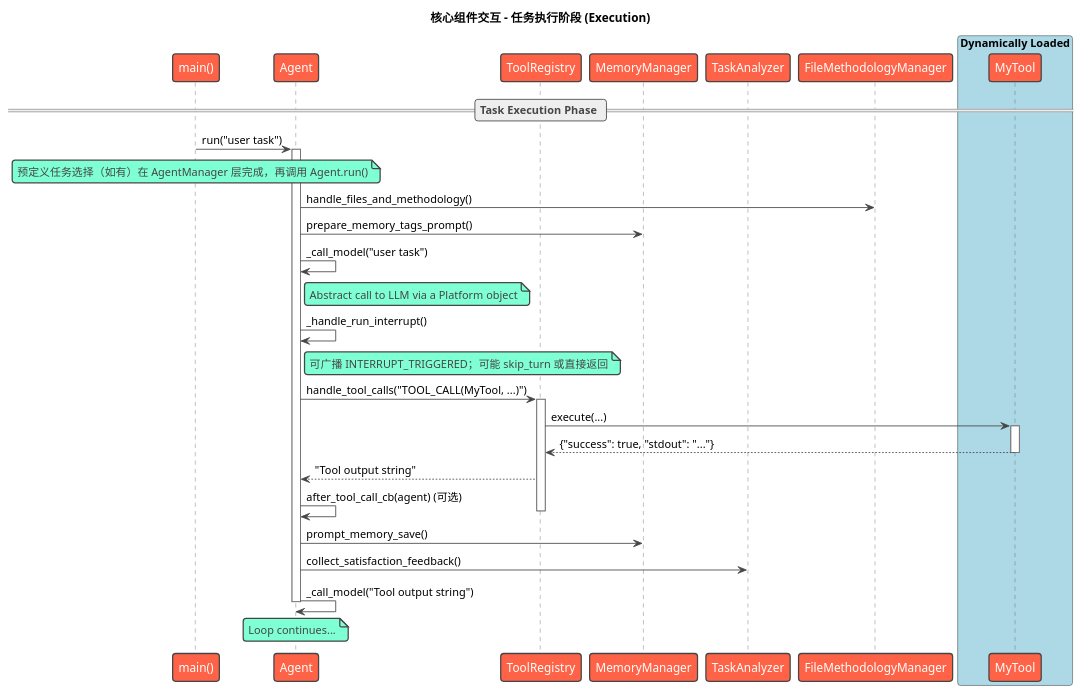
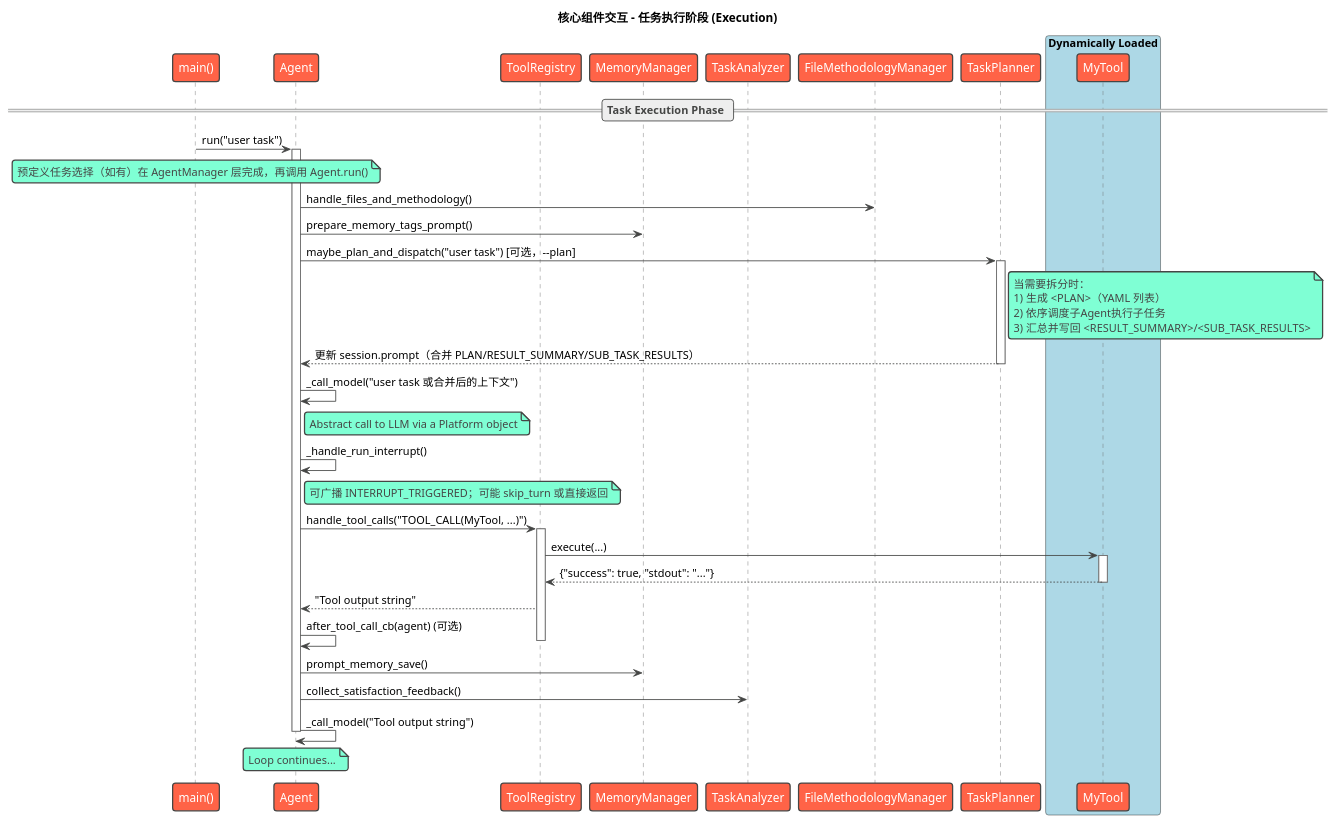
The third of 3 diagrams in docs/jarvis_book/3.核心概念与架构.md (skyfireitdiy/Jarvis), drawn with PlantUML before and after one commit. The commit also changed other lines of this file and 2 other files, not shown here.

First line of the commit message:
docs(task_planner): 完善任务规划器文档与架构，明确PLAN/结果块规范

````diff
--- a/docs/jarvis_book/3.核心概念与架构.md
+++ b/docs/jarvis_book/3.核心概念与架构.md
@@ -591,48 +636,55 @@
 ```plantuml
 @startuml
 !theme vibrant
 title 核心组件交互 - 任务执行阶段 (Execution)
 
 participant "main()" as Main
 participant "Agent" as Agent
 participant "ToolRegistry" as ToolRegistry
 participant "MemoryManager" as MemoryManager
 participant "TaskAnalyzer" as TaskAnalyzer
 participant "FileMethodologyManager" as FileMethodologyManager
+participant "TaskPlanner" as TaskPlanner
 
 box "Dynamically Loaded" #LightBlue
     participant "MyTool" as Tool
 end box
 
 == Task Execution Phase ==
 Main -> Agent : run("user task")
 note over Main: 预定义任务选择（如有）在 AgentManager 层完成，再调用 Agent.run()
 activate Agent
 
 Agent -> FileMethodologyManager : handle_files_and_methodology()
 Agent -> MemoryManager : prepare_memory_tags_prompt()
-' 预定义任务选择在 AgentManager 层处理
 
-Agent -> Agent : _call_model("user task")
+' 可选的任务规划步骤（启用 --plan 时）
+Agent -> TaskPlanner : maybe_plan_and_dispatch("user task") [可选，--plan]
+activate TaskPlanner
+note right of TaskPlanner: 当需要拆分时：\n1) 生成 <PLAN>（YAML 列表）\n2) 依序调度子Agent执行子任务\n3) 汇总并写回 <RESULT_SUMMARY>/<SUB_TASK_RESULTS>
+TaskPlanner --> Agent : 更新 session.prompt（合并 PLAN/RESULT_SUMMARY/SUB_TASK_RESULTS）
+deactivate TaskPlanner
+
+Agent -> Agent : _call_model("user task 或合并后的上下文")
 note right of Agent: Abstract call to LLM via a Platform object
 Agent -> Agent : _handle_run_interrupt()
 note right of Agent: 可广播 INTERRUPT_TRIGGERED；可能 skip_turn 或直接返回
 
 Agent -> ToolRegistry : handle_tool_calls("TOOL_CALL(MyTool, ...)")
 activate ToolRegistry
 ToolRegistry -> Tool : execute(...)
 activate Tool
 Tool --> ToolRegistry : {"success": true, "stdout": "..."}
 deactivate Tool
 ToolRegistry --> Agent : "Tool output string"
 Agent -> Agent : after_tool_call_cb(agent) (可选)
 deactivate ToolRegistry
 
 Agent -> MemoryManager : prompt_memory_save()
 Agent -> TaskAnalyzer : collect_satisfaction_feedback()
 
 Agent -> Agent : _call_model("Tool output string")
 note over Agent : Loop continues...
 deactivate Agent
 @enduml
 ```
````
